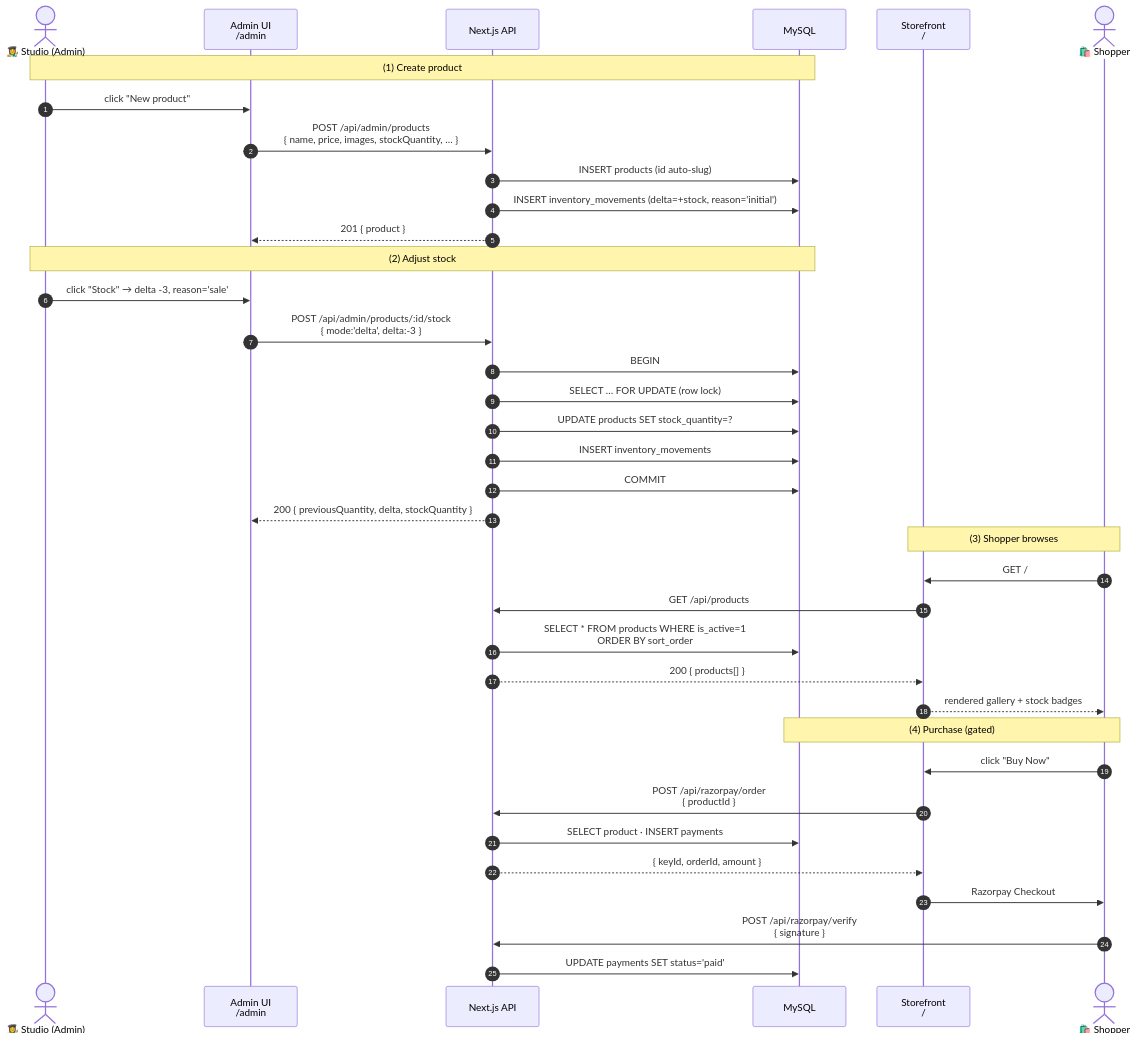
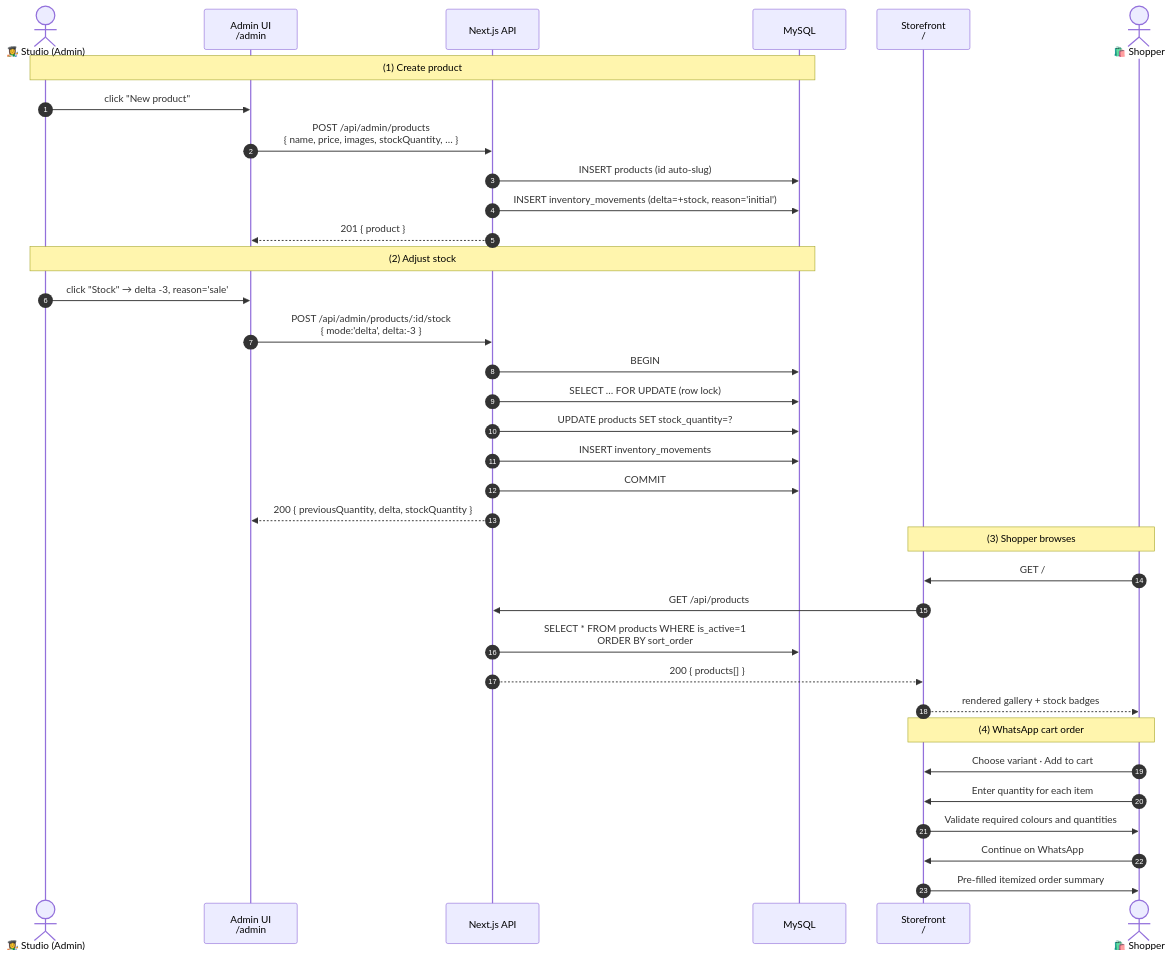
One commit to ezioavi42/_SutraKriti2.0 changed the second of 6 diagrams in README.md. Above: the diagram before and after it, drawn with Mermaid. The commit also changed other lines of this file and 21 other files, not shown here.

First line of the commit message:
feat: implement shopping cart functionality with order submission via WhatsApp

````diff
--- a/README.md
+++ b/README.md
@@ -113,43 +114,41 @@
 ```mermaid
 sequenceDiagram
     autonumber
     actor Studio as 👩‍🎨 Studio (Admin)
     participant AdminUI as Admin UI<br/>/admin
     participant API as Next.js API
     participant DB as MySQL
     participant Store as Storefront<br/>/
     actor Shopper as 🛍️ Shopper
 
     Note over Studio,DB: (1) Create product
     Studio->>AdminUI: click "New product"
     AdminUI->>API: POST /api/admin/products<br/>{ name, price, images, stockQuantity, … }
     API->>DB: INSERT products (id auto-slug)
     API->>DB: INSERT inventory_movements (delta=+stock, reason='initial')
     API-->>AdminUI: 201 { product }
 
     Note over Studio,DB: (2) Adjust stock
     Studio->>AdminUI: click "Stock" → delta -3, reason='sale'
     AdminUI->>API: POST /api/admin/products/:id/stock<br/>{ mode:'delta', delta:-3 }
     API->>DB: BEGIN
     API->>DB: SELECT … FOR UPDATE (row lock)
     API->>DB: UPDATE products SET stock_quantity=?
     API->>DB: INSERT inventory_movements
     API->>DB: COMMIT
     API-->>AdminUI: 200 { previousQuantity, delta, stockQuantity }
 
     Note over Store,Shopper: (3) Shopper browses
     Shopper->>Store: GET /
     Store->>API: GET /api/products
     API->>DB: SELECT * FROM products WHERE is_active=1<br/>ORDER BY sort_order
     API-->>Store: 200 { products[] }
     Store-->>Shopper: rendered gallery + stock badges
 
-    Note over Shopper,DB: (4) Purchase (gated)
-    Shopper->>Store: click "Buy Now"
-    Store->>API: POST /api/razorpay/order<br/>{ productId }
-    API->>DB: SELECT product · INSERT payments
-    API-->>Store: { keyId, orderId, amount }
-    Store->>Shopper: Razorpay Checkout
-    Shopper->>API: POST /api/razorpay/verify<br/>{ signature }
-    API->>DB: UPDATE payments SET status='paid'
+    Note over Shopper,Store: (4) WhatsApp cart order
+    Shopper->>Store: Choose variant · Add to cart
+    Shopper->>Store: Enter quantity for each item
+    Store->>Shopper: Validate required colours and quantities
+    Shopper->>Store: Continue on WhatsApp
+    Store->>Shopper: Pre-filled itemized order summary
 ```
````
